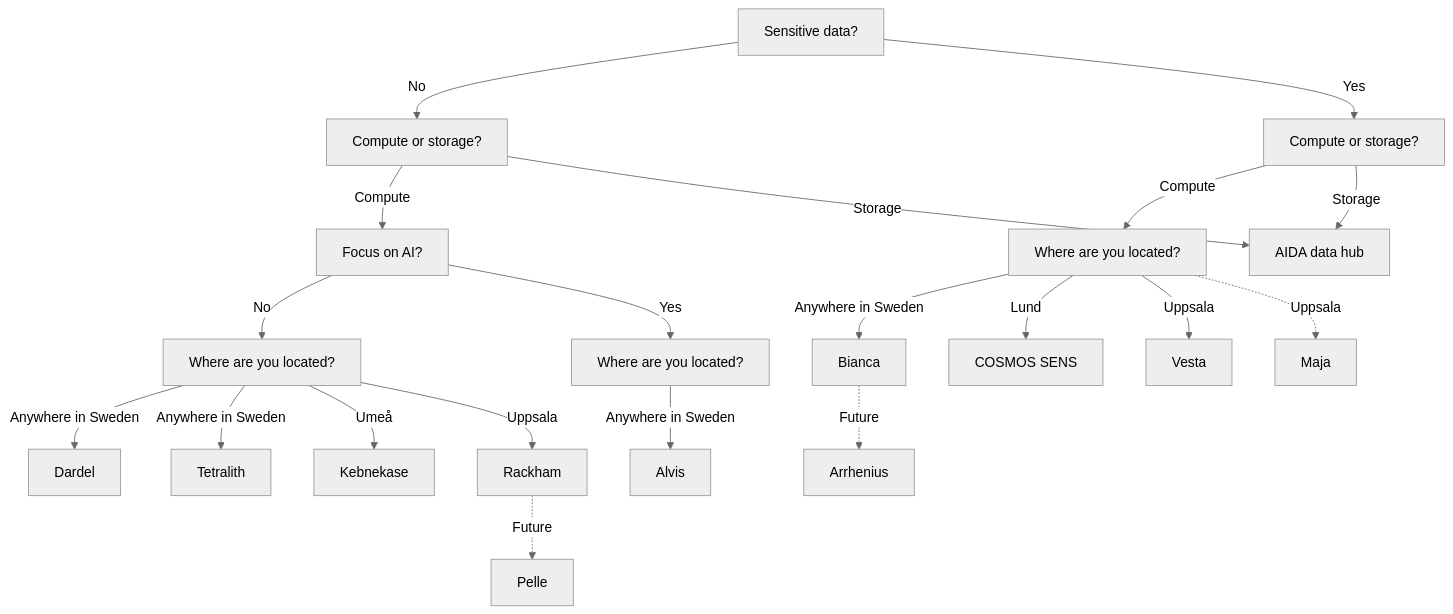
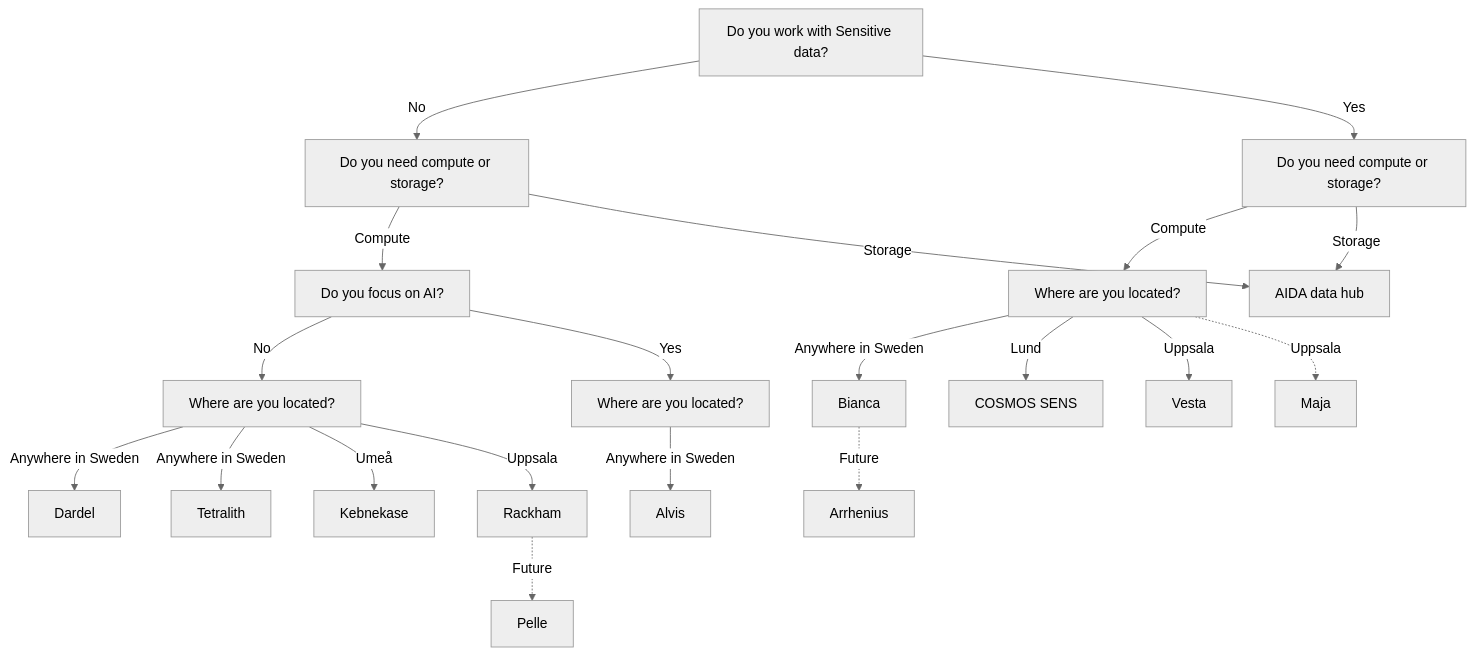
The diagram in docs/resources.md (NBISweden/SCoRe_user_doc), drawn with Mermaid (neutral theme) before and after one commit. The commit also changed 2 other files, not shown here.

Commit message:
Use 'Do you ...' questions

````diff
--- a/docs/resources.md
+++ b/docs/resources.md
@@ -32,49 +32,49 @@
 ```mermaid
 flowchart TD
-  sensitive_data[Sensitive data?]
-  compute[Compute or storage?]
-  compute_ai[Focus on AI?]
+  sensitive_data[Do you work with Sensitive data?]
+  compute[Do you need compute or storage?]
+  compute_ai[Do you focus on AI?]
 
-  sens_compute[Compute or storage?]
+  sens_compute[Do you need compute or storage?]
   sens_compute_location[Where are you located?]
   compute_location[Where are you located?]
   compute_ai_location[Where are you located?]
 
   aida_data_hub[AIDA data hub]
   alvis[Alvis]
   arrhenius[Arrhenius]
   bianca[Bianca]
   cosmos_sens[COSMOS SENS]
   dardel[Dardel]
   maja[Maja]
   rackham[Rackham]
   pelle[Pelle]
   tetralith[Tetralith]
   vesta[Vesta]
 
   sensitive_data --> |No| compute
   sensitive_data --> |Yes| sens_compute
 
   sens_compute --> |Compute| sens_compute_location
   sens_compute --> |Storage| aida_data_hub
 
   compute --> |Compute| compute_ai
   compute --> |Storage| aida_data_hub
 
   compute_ai --> |No| compute_location
   compute_ai --> |Yes| compute_ai_location
 
   compute_location --> |Anywhere in Sweden| dardel
   compute_location --> |Anywhere in Sweden| tetralith
   compute_location --> |Umeå| Kebnekase
   compute_location --> |Uppsala| rackham
   rackham -.-> |Future| pelle
 
   compute_ai_location --> |Anywhere in Sweden| alvis
 
   sens_compute_location --> |Anywhere in Sweden| bianca
   sens_compute_location --> |Lund| cosmos_sens
   sens_compute_location --> |Uppsala| vesta
   sens_compute_location -.-> |Uppsala| maja
   bianca -.-> |Future| arrhenius
 ```
````
